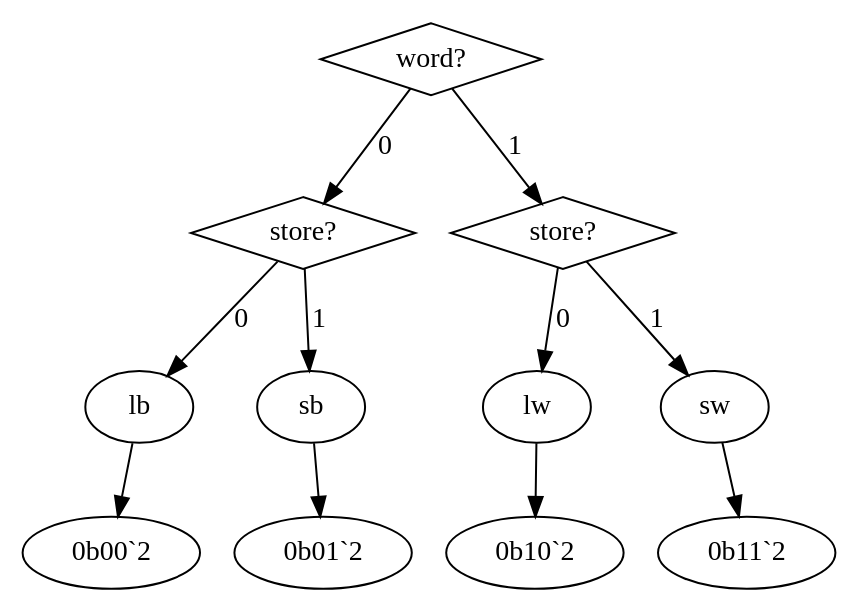
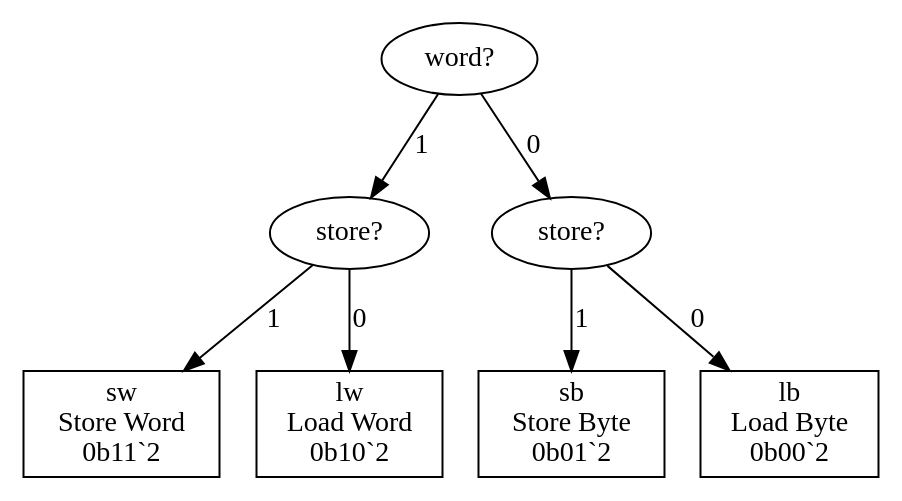
The diagram in src/graphs/rri.dot (eignnx/SPRIND), drawn with Graphviz before and after one commit. The commit also changed 9 other files, not shown here.

```diff
--- a/src/graphs/rri.dot
+++ b/src/graphs/rri.dot
@@ -1,19 +1,23 @@
 digraph "Format rri" {
-  "word_1019694" [label = "word?", shape = diamond];
+  "word_1019694" [label = "word?", shape = ellipse];
+  "word_1019694" -> "store_888754" [label = "1"];
   "word_1019694" -> "store_3203235" [label = "0"];
-  "word_1019694" -> "store_888754" [label = "1"];
-  "store_3203235" [label = "store?", shape = diamond];
+  "store_888754" [label = "store?", shape = ellipse];
+  "store_888754" -> "sw_14565502" [label = "1"];
+  "store_888754" -> "lw_13753362" [label = "0"];
+  "sw_14565502" [label = "sw
+Store Word
+0b11`2", shape = rectangle];
+  "lw_13753362" [label = "lw
+Load Word
+0b10`2", shape = rectangle];
+  "store_3203235" [label = "store?", shape = ellipse];
+  "store_3203235" -> "sb_10225307" [label = "1"];
   "store_3203235" -> "lb_1820023" [label = "0"];
-  "store_3203235" -> "sb_10225307" [label = "1"];
-  "lb_1820023" [label = "lb"];
-  "lb_1820023" -> "0b00`2"
-  "sb_10225307" [label = "sb"];
-  "sb_10225307" -> "0b01`2"
-  "store_888754" [label = "store?", shape = diamond];
-  "store_888754" -> "lw_13753362" [label = "0"];
-  "store_888754" -> "sw_14565502" [label = "1"];
-  "lw_13753362" [label = "lw"];
-  "lw_13753362" -> "0b10`2"
-  "sw_14565502" [label = "sw"];
-  "sw_14565502" -> "0b11`2"
+  "sb_10225307" [label = "sb
+Store Byte
+0b01`2", shape = rectangle];
+  "lb_1820023" [label = "lb
+Load Byte
+0b00`2", shape = rectangle];
 }
```
